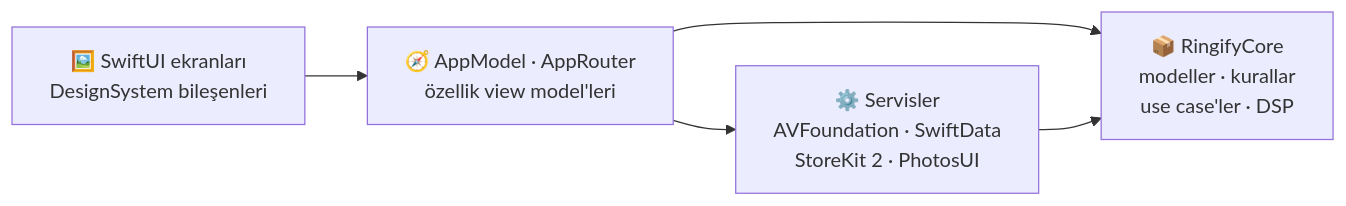
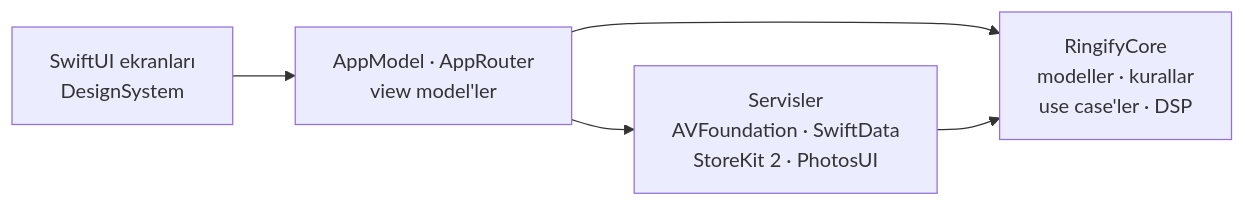
The diagram in README.md (geniuseyis/ringify), drawn with Mermaid before and after one commit. The commit also changed other lines of this file, not shown here.

````diff
--- a/README.md
+++ b/README.md
@@ -103,7 +96,7 @@
 ```mermaid
 flowchart LR
-    UI["🖼️ SwiftUI ekranları<br/>DesignSystem bileşenleri"] --> VM["🧭 AppModel · AppRouter<br/>özellik view model'leri"]
-    VM --> SVC["⚙️ Servisler<br/>AVFoundation · SwiftData<br/>StoreKit 2 · PhotosUI"]
-    VM --> CORE["📦 RingifyCore<br/>modeller · kurallar<br/>use case'ler · DSP"]
+    UI["SwiftUI ekranları<br/>DesignSystem"] --> VM["AppModel · AppRouter<br/>view model'ler"]
+    VM --> SVC["Servisler<br/>AVFoundation · SwiftData<br/>StoreKit 2 · PhotosUI"]
+    VM --> CORE["RingifyCore<br/>modeller · kurallar<br/>use case'ler · DSP"]
     SVC --> CORE
 ```
````
